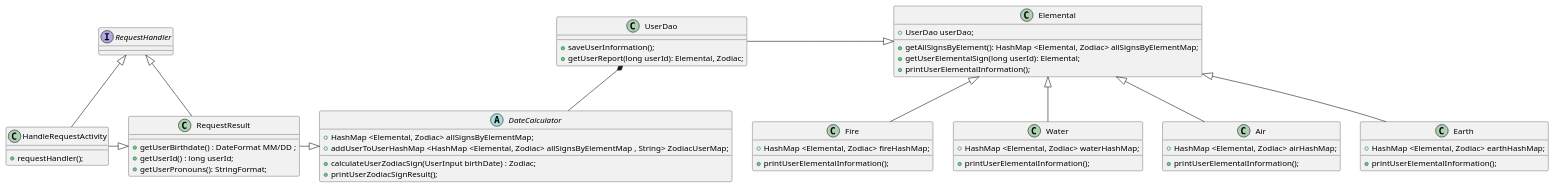
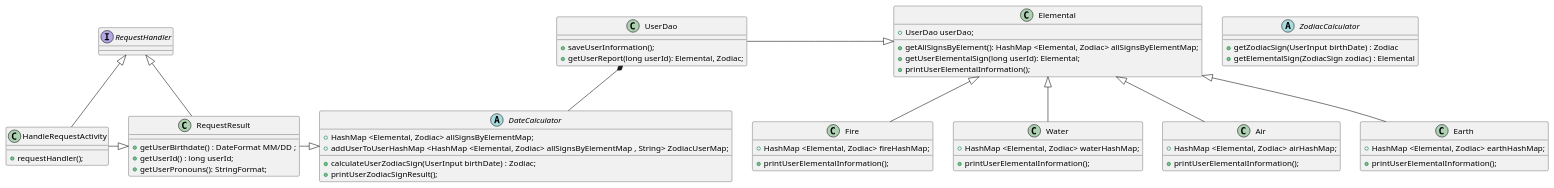
The diagram in template_java_project/ProjectDocuments/ZodiakClass.puml (gbauza3destinee/zodiakApp), drawn with PlantUML before and after one commit. The commit also changed 2 other files, not shown here.

Commit message:
ImplementedBuilderinUserSignModel

```diff
--- a/template_java_project/ProjectDocuments/ZodiakClass.puml
+++ b/template_java_project/ProjectDocuments/ZodiakClass.puml
@@ -1,75 +1,82 @@
 @startuml
 'https://plantuml.com/class-diagram
 
 abstract class DateCalculator
 
 
 interface RequestHandler
 class HandleRequestActivity extends RequestHandler{
 + requestHandler();
 
 }
 
 class RequestResult extends RequestHandler {
 + getUserBirthdate() : DateFormat MM/DD ;
 + getUserId() : long userId;
 + getUserPronouns(): StringFormat;
 }
 
 
 HandleRequestActivity -|> RequestResult
 
 class UserDao{
 + saveUserInformation();
 + getUserReport(long userId): Elemental, Zodiac;
 }
 
 
 RequestResult -|> DateCalculator
 
 UserDao *-- DateCalculator
 
 UserDao -|> Elemental
 
 abstract class DateCalculator {
 + HashMap <Elemental, Zodiac> allSignsByElementMap;
 + calculateUserZodiacSign(UserInput birthDate) : Zodiac;
 + printUserZodiacSignResult();
 + addUserToUserHashMap <HashMap <Elemental, Zodiac> allSignsByElementMap , String> ZodiacUserMap;
 }
 
 
+
+abstract class ZodiacCalculator{
+    + getZodiacSign(UserInput birthDate) : Zodiac
+    + getElementalSign(ZodiacSign zodiac) : Elemental
+
+}
+
 class Elemental {
 + UserDao userDao;
 + getAllSignsByElement(): HashMap <Elemental, Zodiac> allSignsByElementMap;
 + getUserElementalSign(long userId): Elemental;
 + printUserElementalInformation();
 
 }
 
 class Fire extends Elemental{
 + HashMap <Elemental, Zodiac> fireHashMap;
 + printUserElementalInformation();
 }
 
 class Water extends Elemental {
 + HashMap <Elemental, Zodiac> waterHashMap;
 + printUserElementalInformation();
 
 }
 
 
 class Air extends Elemental{
 + HashMap <Elemental, Zodiac> airHashMap;
 + printUserElementalInformation();
 }
 
 
 class Earth extends Elemental{
 + HashMap <Elemental, Zodiac> earthHashMap;
 + printUserElementalInformation();
 }
 
 
 
 @enduml
```
